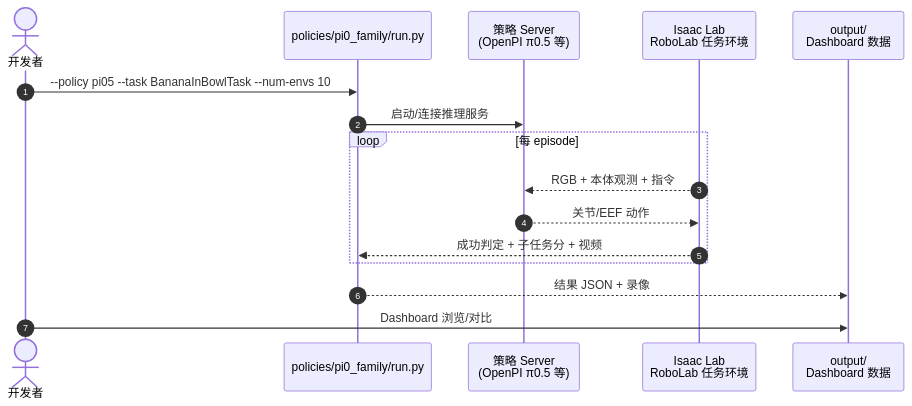
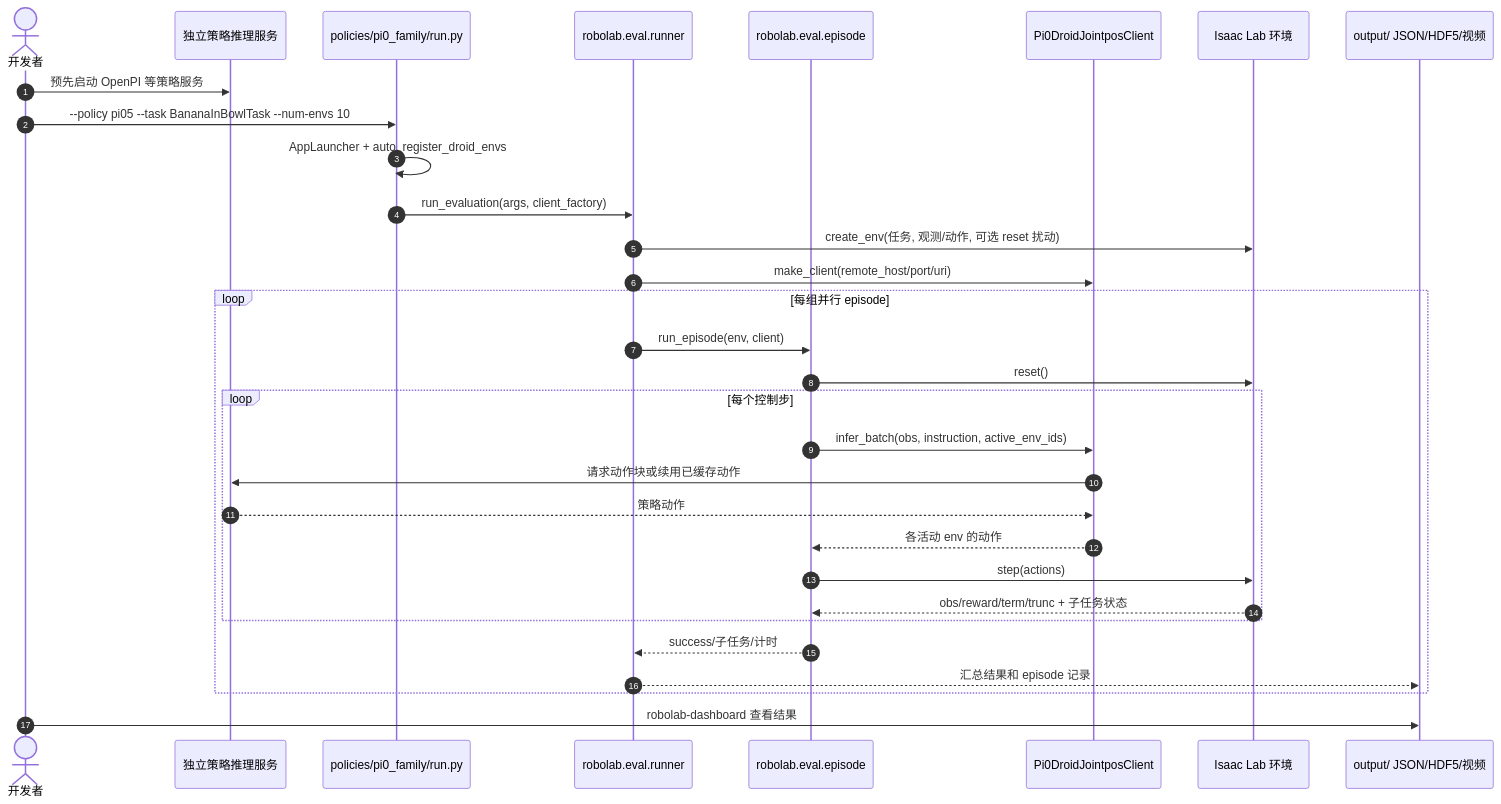
The second of 2 diagrams in wiki/entities/robolab.md (ImChong/Robotics_Notebooks), drawn with Mermaid before and after one commit. The commit also changed other lines of this file, not shown here.

Commit message:
[2026-11-17] ingest | wiki/entities/robolab.md — 复核 RoboLab-120 原文与 v0.3.3 并更新评测资料

````diff
--- a/wiki/entities/robolab.md
+++ b/wiki/entities/robolab.md
@@ -104,18 +111,33 @@
 ```mermaid
 sequenceDiagram
     autonumber
     actor Dev as 开发者
+    participant Server as 独立策略推理服务
     participant CLI as policies/pi0_family/run.py
-    participant Policy as 策略 Server<br/>(OpenPI π0.5 等)
-    participant Env as Isaac Lab<br/>RoboLab 任务环境
-    participant Out as output/<br/>Dashboard 数据
+    participant Runner as robolab.eval.runner
+    participant Episode as robolab.eval.episode
+    participant Client as Pi0DroidJointposClient
+    participant Env as Isaac Lab 环境
+    participant Out as output/ JSON/HDF5/视频
+    Dev->>Server: 预先启动 OpenPI 等策略服务
     Dev->>CLI: --policy pi05 --task BananaInBowlTask --num-envs 10
-    CLI->>Policy: 启动/连接推理服务
-    loop 每 episode
-        Env-->>Policy: RGB + 本体观测 + 指令
-        Policy-->>Env: 关节/EEF 动作
-        Env-->>CLI: 成功判定 + 子任务分 + 视频
+    CLI->>CLI: AppLauncher + auto_register_droid_envs
+    CLI->>Runner: run_evaluation(args, client_factory)
+    Runner->>Env: create_env(任务, 观测/动作, 可选 reset 扰动)
+    Runner->>Client: make_client(remote_host/port/uri)
+    loop 每组并行 episode
+        Runner->>Episode: run_episode(env, client)
+        Episode->>Env: reset()
+        loop 每个控制步
+            Episode->>Client: infer_batch(obs, instruction, active_env_ids)
+            Client->>Server: 请求动作块或续用已缓存动作
+            Server-->>Client: 策略动作
+            Client-->>Episode: 各活动 env 的动作
+            Episode->>Env: step(actions)
+            Env-->>Episode: obs/reward/term/trunc + 子任务状态
+        end
+        Episode-->>Runner: success/子任务/计时
+        Runner-->>Out: 汇总结果和 episode 记录
     end
-    CLI-->>Out: 结果 JSON + 录像
-    Dev->>Out: Dashboard 浏览/对比
+    Dev->>Out: robolab-dashboard 查看结果
 ```
````
